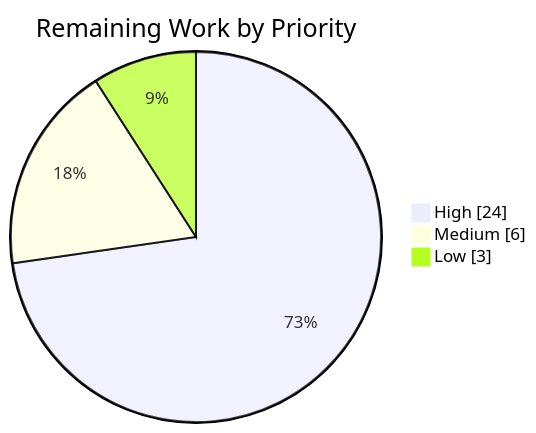
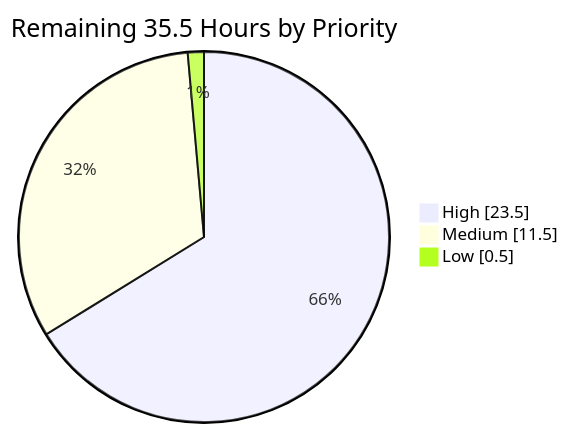
One commit to Blitzy-Sandbox/blitzy-cobol-check changed the third of 4 diagrams in blitzy/documentation/Project Guide.md. Above: the diagram before and after it, drawn with Mermaid. The commit also changed other lines of this file, not shown here.

Commit message:
Adding Blitzy Project Guide: Project Status and Human Tasks Remaining

````diff
--- a/blitzy/documentation/Project Guide.md
+++ b/blitzy/documentation/Project Guide.md
@@ -231,6 +248,6 @@
 ```mermaid
-pie showData title Remaining Work by Priority
-    "High" : 24
-    "Medium" : 6
-    "Low" : 3
+pie showData title Remaining 35.5 Hours by Priority
+    "High" : 23.5
+    "Medium" : 11.5
+    "Low" : 0.5
 ```
````
